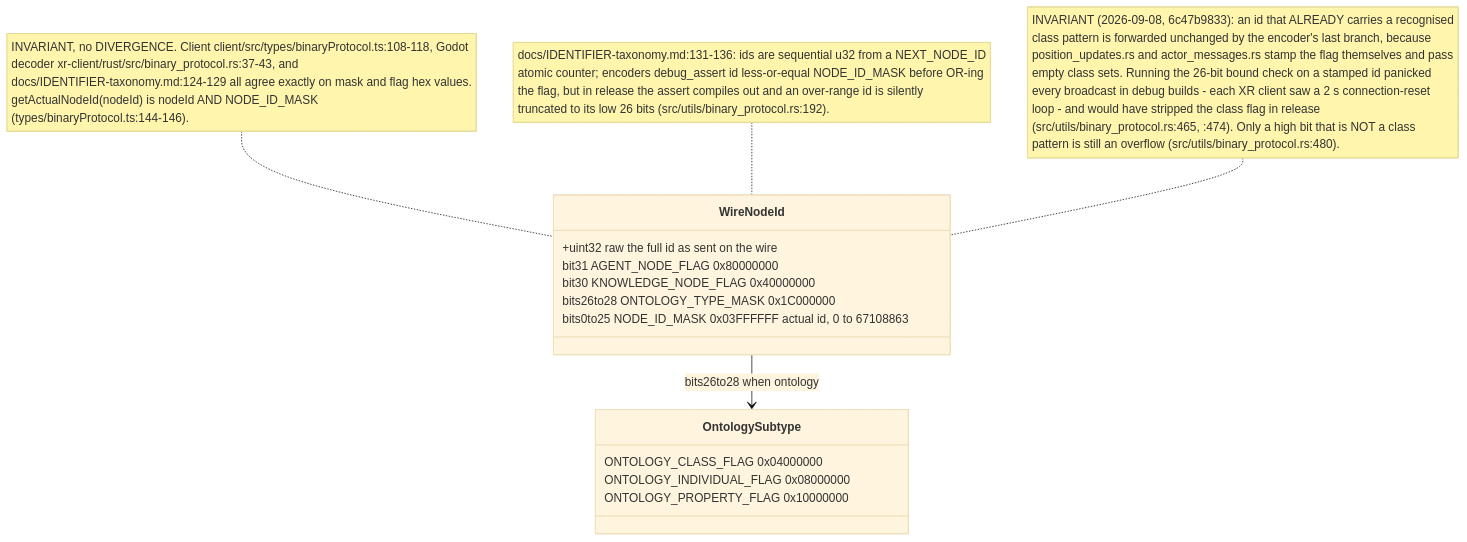
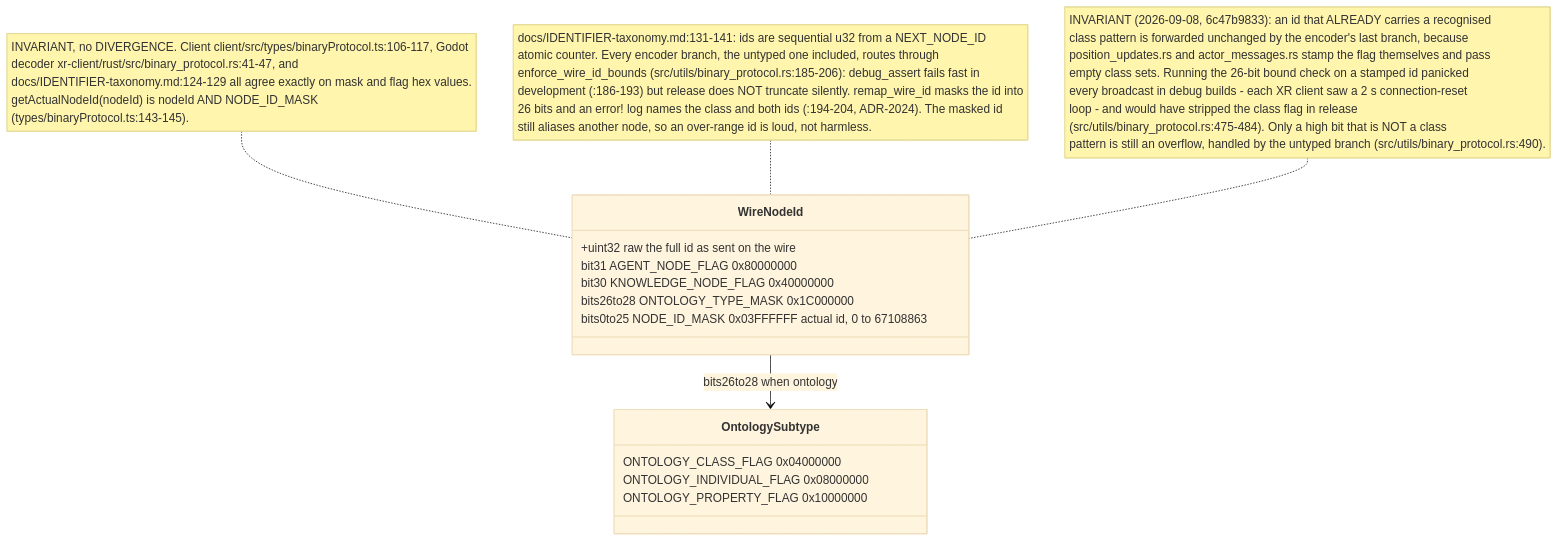
One commit to DreamLab-AI/VisionFlow changed the sixth of 13 diagrams in docs/diagrams/visionclaw/32-client-websocket-and-binary.md. Above: the diagram before and after it, drawn with Mermaid (base theme). The commit also changed other lines of this file and 4 other files, not shown here.

Commit message:
docs(diagrams): re-verify visionclaw 13 and 32 against project HEAD

````diff
--- a/docs/diagrams/visionclaw/32-client-websocket-and-binary.md
+++ b/docs/diagrams/visionclaw/32-client-websocket-and-binary.md
@@ -253,19 +294,19 @@
 ```mermaid
 classDiagram
     class WireNodeId {
       +uint32 raw  the full id as sent on the wire
       bit31 AGENT_NODE_FLAG 0x80000000
       bit30 KNOWLEDGE_NODE_FLAG 0x40000000
       bits26to28 ONTOLOGY_TYPE_MASK 0x1C000000
       bits0to25 NODE_ID_MASK 0x03FFFFFF  actual id, 0 to 67108863
     }
     class OntologySubtype {
       ONTOLOGY_CLASS_FLAG 0x04000000
       ONTOLOGY_INDIVIDUAL_FLAG 0x08000000
       ONTOLOGY_PROPERTY_FLAG 0x10000000
     }
     WireNodeId --> OntologySubtype : bits26to28 when ontology
-    note for WireNodeId "INVARIANT, no DIVERGENCE. Client client/src/types/binaryProtocol.ts:108-118, Godot<br/>decoder xr-client/rust/src/binary_protocol.rs:37-43, and<br/>docs/IDENTIFIER-taxonomy.md:124-129 all agree exactly on mask and flag hex values.<br/>getActualNodeId(nodeId) is nodeId AND NODE_ID_MASK<br/>(types/binaryProtocol.ts:144-146)."
-    note for WireNodeId "docs/IDENTIFIER-taxonomy.md:131-136: ids are sequential u32 from a NEXT_NODE_ID<br/>atomic counter; encoders debug_assert id less-or-equal NODE_ID_MASK before OR-ing<br/>the flag, but in release the assert compiles out and an over-range id is silently<br/>truncated to its low 26 bits (src/utils/binary_protocol.rs:192)."
-    note for WireNodeId "INVARIANT (2026-09-08, 6c47b9833): an id that ALREADY carries a recognised<br/>class pattern is forwarded unchanged by the encoder's last branch, because<br/>position_updates.rs and actor_messages.rs stamp the flag themselves and pass<br/>empty class sets. Running the 26-bit bound check on a stamped id panicked<br/>every broadcast in debug builds - each XR client saw a 2 s connection-reset<br/>loop - and would have stripped the class flag in release<br/>(src/utils/binary_protocol.rs:465, :474). Only a high bit that is NOT a class<br/>pattern is still an overflow (src/utils/binary_protocol.rs:480)."
+    note for WireNodeId "INVARIANT, no DIVERGENCE. Client client/src/types/binaryProtocol.ts:106-117, Godot<br/>decoder xr-client/rust/src/binary_protocol.rs:41-47, and<br/>docs/IDENTIFIER-taxonomy.md:124-129 all agree exactly on mask and flag hex values.<br/>getActualNodeId(nodeId) is nodeId AND NODE_ID_MASK<br/>(types/binaryProtocol.ts:143-145)."
+    note for WireNodeId "docs/IDENTIFIER-taxonomy.md:131-141: ids are sequential u32 from a NEXT_NODE_ID<br/>atomic counter. Every encoder branch, the untyped one included, routes through<br/>enforce_wire_id_bounds (src/utils/binary_protocol.rs:185-206): debug_assert fails fast in<br/>development (:186-193) but release does NOT truncate silently. remap_wire_id masks the id into<br/>26 bits and an error! log names the class and both ids (:194-204, ADR-2024). The masked id<br/>still aliases another node, so an over-range id is loud, not harmless."
+    note for WireNodeId "INVARIANT (2026-09-08, 6c47b9833): an id that ALREADY carries a recognised<br/>class pattern is forwarded unchanged by the encoder's last branch, because<br/>position_updates.rs and actor_messages.rs stamp the flag themselves and pass<br/>empty class sets. Running the 26-bit bound check on a stamped id panicked<br/>every broadcast in debug builds - each XR client saw a 2 s connection-reset<br/>loop - and would have stripped the class flag in release<br/>(src/utils/binary_protocol.rs:475-484). Only a high bit that is NOT a class<br/>pattern is still an overflow, handled by the untyped branch (src/utils/binary_protocol.rs:490)."
 ```
````
